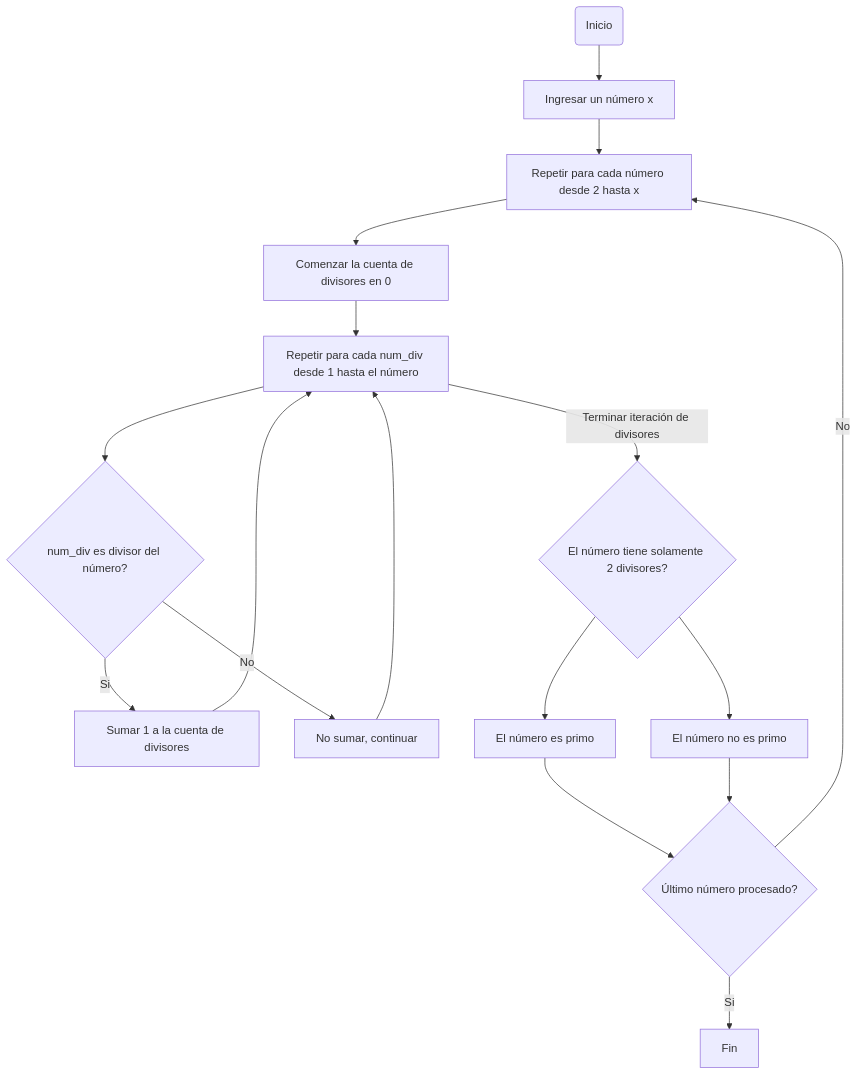
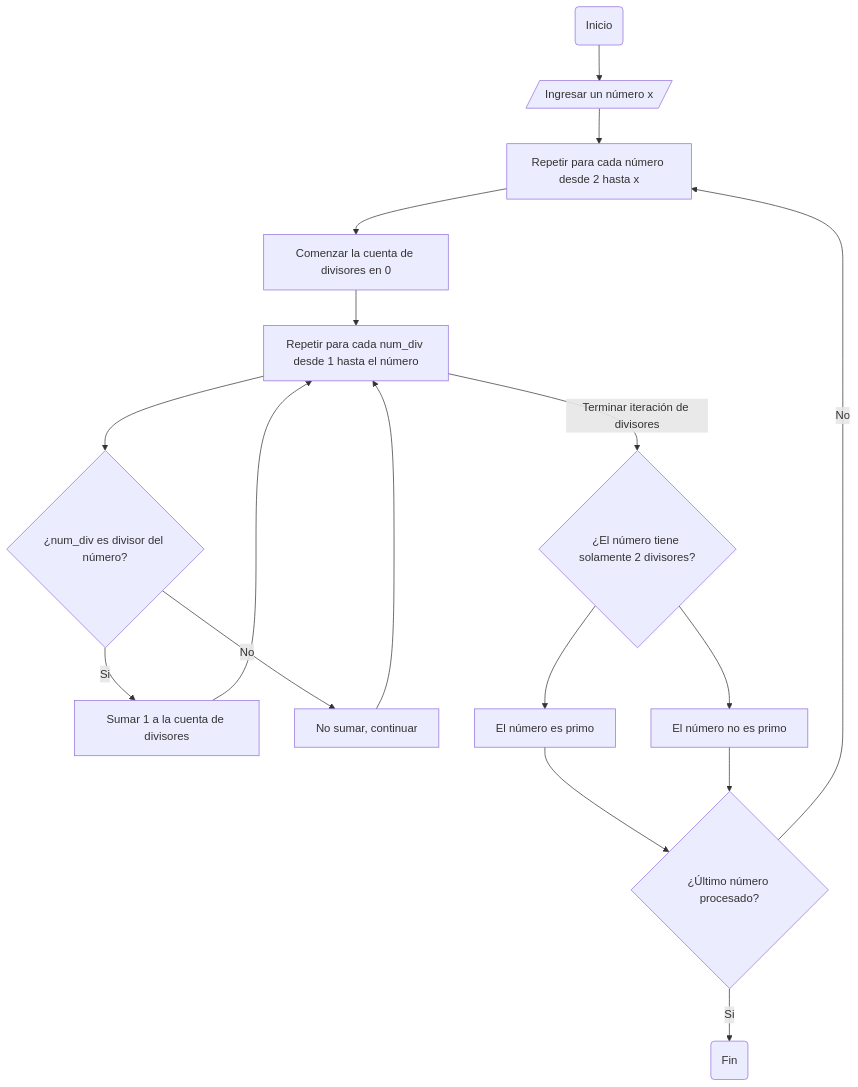
The diagram in README.md (11ZaidaG11/Reto-No.3), drawn with Mermaid before and after one commit. The commit also changed other lines of this file, not shown here.

````diff
--- a/README.md
+++ b/README.md
@@ -16,18 +17,18 @@
 ```mermaid
 flowchart TD
-    A(Inicio) --> B[Ingresar un número x]
+    A(Inicio) --> B[/Ingresar un número x/]
     B --> C[Repetir para cada número desde 2 hasta x]
     C --> D[Comenzar la cuenta de divisores en 0]
     D --> E[Repetir para cada num_div desde 1 hasta el número]
-    E --> F{num_div es divisor del número?} --> |Si| G[Sumar 1 a la cuenta de divisores]:::decision1
+    E --> F{¿num_div es divisor del número?} --> |Si| G[Sumar 1 a la cuenta de divisores]:::decision1
     F --> |No| H[No sumar, continuar]:::decision2
     G --> E
     H --> E
-    E --> |Terminar iteración de divisores| I{El número tiene solamente 2 divisores?}
+    E --> |Terminar iteración de divisores| I{¿El número tiene solamente 2 divisores?}
     I --> J[El número es primo]
     I --> K[El número no es primo]
     J --> L[Continuar con el siguiente número]
-    K --> L{Último número procesado?}
-    L --> |Si| N[Fin]
+    K --> L{¿Último número procesado?}
+    L --> |Si| N(Fin)
     L --> |No| C
 ```
````
